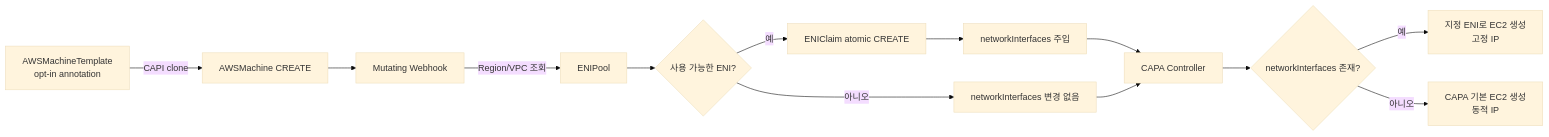
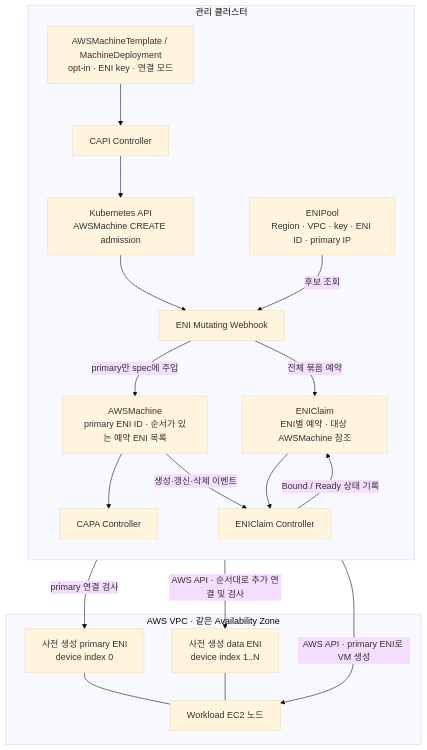
The first of 2 diagrams in README.md (Jangwon-Lee-DCN/capa-eni-controller), drawn with Mermaid (base theme) before and after one commit. The commit also changed other lines of this file and 2 other files, not shown here.

Commit message:
docs: explain fixed ENI topology and attachment lifecycle

````diff
--- a/README.md
+++ b/README.md
@@ -97,15 +102,33 @@
 ```mermaid
-flowchart LR
-    T[AWSMachineTemplate<br/>opt-in annotation] -->|CAPI clone| W[AWSMachine CREATE]
-    W --> H[Mutating Webhook]
-    H -->|Region/VPC 조회| P[ENIPool]
-    P --> Q{사용 가능한 ENI?}
-    Q -- 예 --> C[ENIClaim atomic CREATE]
-    C --> I[networkInterfaces 주입]
-    Q -- 아니오 --> D[networkInterfaces 변경 없음]
-    I --> A[CAPA Controller]
-    D --> A
-    A --> N{networkInterfaces 존재?}
-    N -- 예 --> E[지정 ENI로 EC2 생성<br/>고정 IP]
-    N -- 아니오 --> F[CAPA 기본 EC2 생성<br/>동적 IP]
+flowchart TB
+    subgraph MGMT[관리 클러스터]
+        direction TB
+        T["AWSMachineTemplate / MachineDeployment<br/>opt-in · ENI key · 연결 모드"]
+        CAPI[CAPI Controller]
+        API["Kubernetes API<br/>AWSMachine CREATE admission"]
+        WH[ENI Mutating Webhook]
+        P["ENIPool<br/>Region · VPC · key · ENI ID · primary IP"]
+        CL["ENIClaim<br/>ENI별 예약 · 대상 AWSMachine 참조"]
+        M["AWSMachine<br/>primary ENI ID · 순서가 있는 예약 ENI 목록"]
+        CAPA[CAPA Controller]
+        CTRL[ENIClaim Controller]
+        T --> CAPI --> API --> WH
+        P -->|후보 조회| WH
+        WH -->|전체 묶음 예약| CL
+        WH -->|primary만 spec에 주입| M
+        M --> CAPA
+        M -->|생성·갱신·삭제 이벤트| CTRL
+        CL --> CTRL
+    end
+    subgraph AWS["AWS VPC · 같은 Availability Zone"]
+        EC2["Workload EC2 노드"]
+        PRIMARY["사전 생성 primary ENI<br/>device index 0"]
+        DATA["사전 생성 data ENI<br/>device index 1..N"]
+        PRIMARY --- EC2
+        DATA --- EC2
+    end
+    CAPA -->|AWS API · primary ENI로 VM 생성| EC2
+    CTRL -->|AWS API · 순서대로 추가 연결 및 검사| DATA
+    CTRL -->|primary 연결 검사| PRIMARY
+    CTRL -->|Bound / Ready 상태 기록| CL
 ```
````
